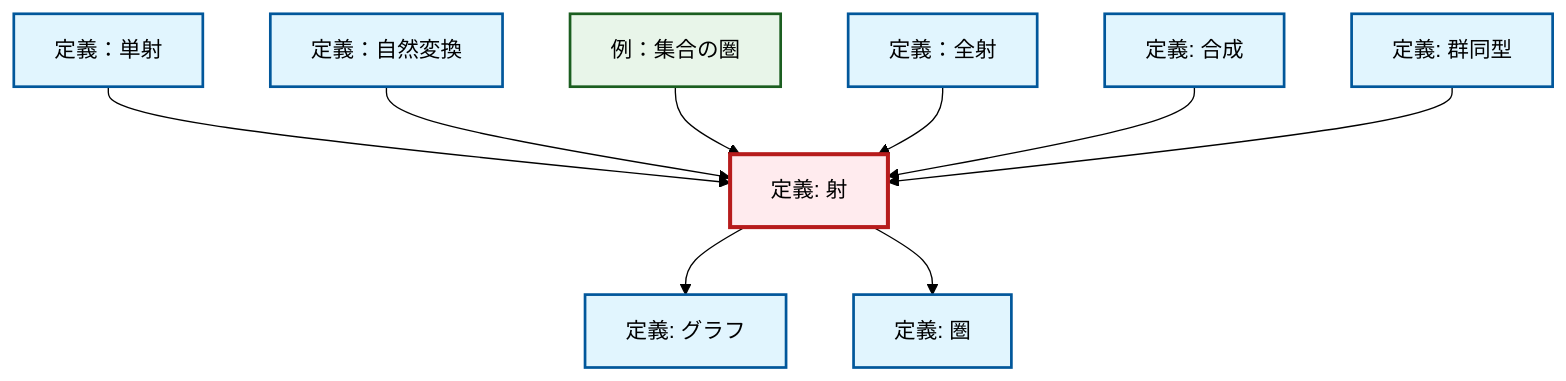
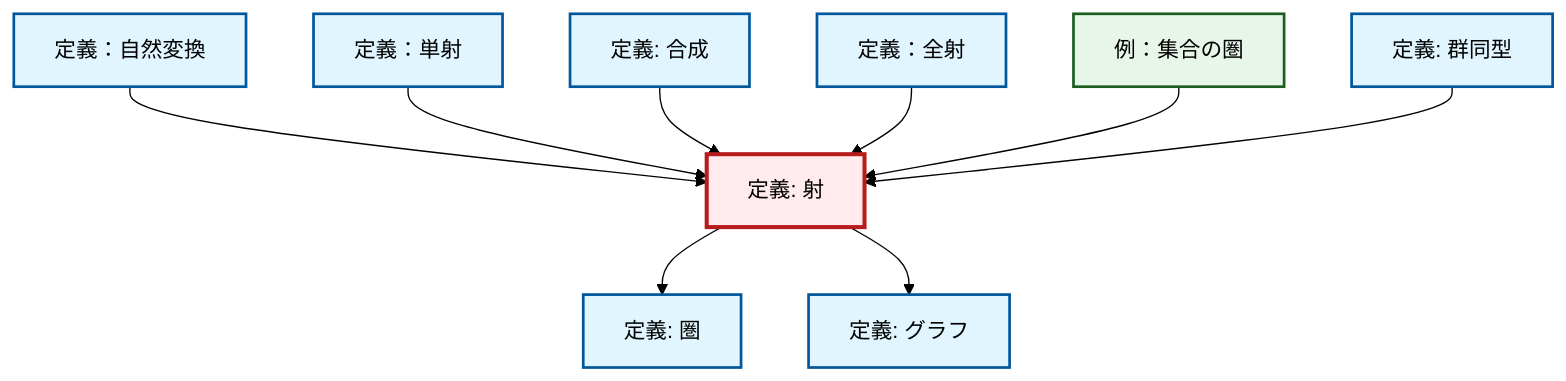
The diagram in content/ja/category-theory/def-morphism.qmd (RK0429/ModernMath), drawn with Mermaid (forest theme) before and after one commit. The commit also changed other lines of this file and 328 other files, not shown here.

````diff
--- a/content/ja/category-theory/def-morphism.qmd
+++ b/content/ja/category-theory/def-morphism.qmd
@@ -53,35 +54,35 @@
 ```{mermaid}
 %%| fig-cap: "ローカル依存関係グラフ"
 graph TD
     classDef definition fill:#e1f5fe,stroke:#01579b,stroke-width:2px
     classDef theorem fill:#f3e5f5,stroke:#4a148c,stroke-width:2px
     classDef axiom fill:#fff3e0,stroke:#e65100,stroke-width:2px
     classDef example fill:#e8f5e9,stroke:#1b5e20,stroke-width:2px
     classDef current fill:#ffebee,stroke:#b71c1c,stroke-width:3px
+    def-morphism["定義: 射"]:::definition
+    def-composition["定義: 合成"]:::definition
+    def-graph["定義: グラフ"]:::definition
+    def-epimorphism["定義：全射"]:::definition
+    def-natural-transformation["定義：自然変換"]:::definition
+    def-isomorphism["定義: 群同型"]:::definition
+    def-category["定義: 圏"]:::definition
     ex-set-category["例：集合の圏"]:::example
-    def-natural-transformation["定義：自然変換"]:::definition
-    def-morphism["定義: 射"]:::definition
-    def-isomorphism["定義: 群同型"]:::definition
-    def-epimorphism["定義：全射"]:::definition
-    def-composition["定義: 合成"]:::definition
-    def-category["定義: 圏"]:::definition
     def-monomorphism["定義：単射"]:::definition
-    def-graph["定義: グラフ"]:::definition
+    def-natural-transformation --> def-morphism
     def-monomorphism --> def-morphism
-    def-natural-transformation --> def-morphism
+    def-composition --> def-morphism
+    def-morphism --> def-category
+    def-epimorphism --> def-morphism
     def-morphism --> def-graph
     ex-set-category --> def-morphism
-    def-epimorphism --> def-morphism
-    def-composition --> def-morphism
     def-isomorphism --> def-morphism
-    def-morphism --> def-category
     class def-morphism current
-    click ex-set-category "ex-set-category.html" "例：集合の圏へ"
+    click def-composition "def-composition.html" "合成の定義へ"
+    click def-graph "def-graph.html" "グラフの定義へ"
+    click def-epimorphism "def-epimorphism.html" "定義：全射へ"
     click def-natural-transformation "def-natural-transformation.html" "定義：自然変換へ"
     click def-isomorphism "def-isomorphism.html" "群同型の定義へ"
-    click def-epimorphism "def-epimorphism.html" "定義：全射へ"
-    click def-composition "def-composition.html" "合成の定義へ"
     click def-category "def-category.html" "圏の定義へ"
+    click ex-set-category "ex-set-category.html" "例：集合の圏へ"
     click def-monomorphism "def-monomorphism.html" "定義：単射へ"
-    click def-graph "def-graph.html" "グラフの定義へ"
 ```
````
